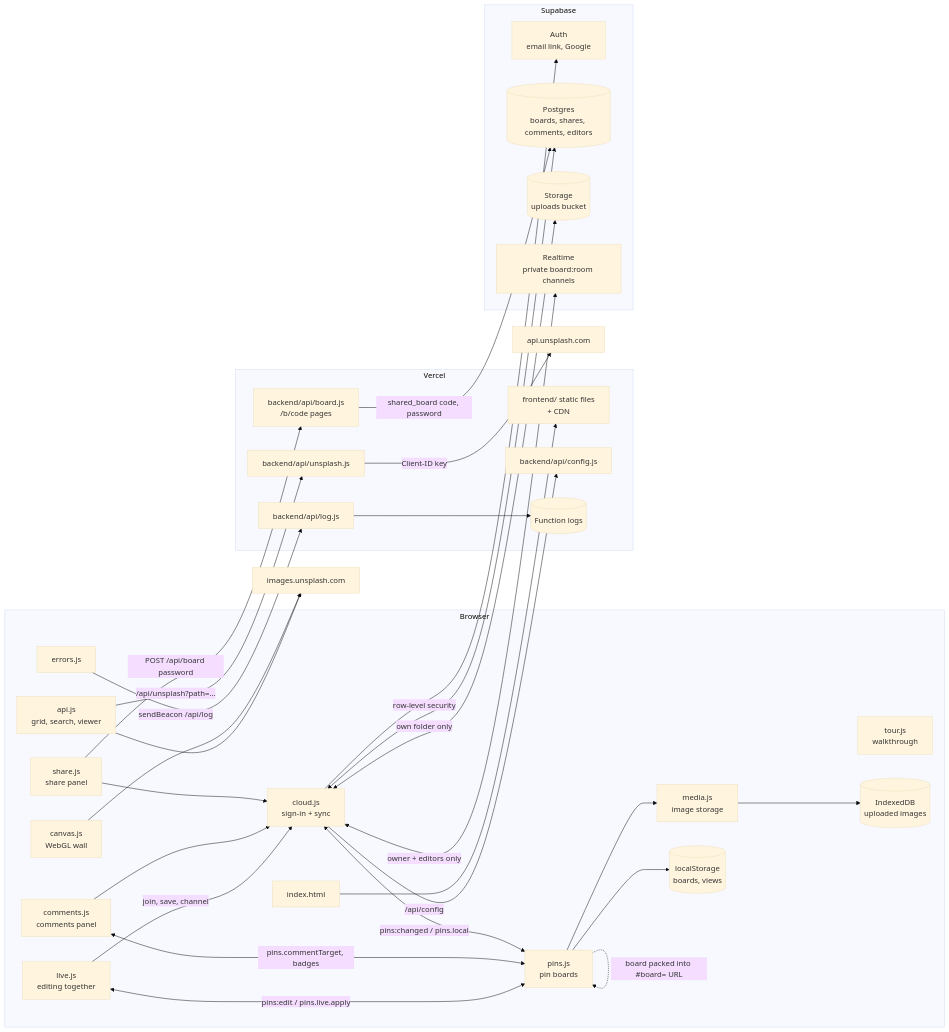
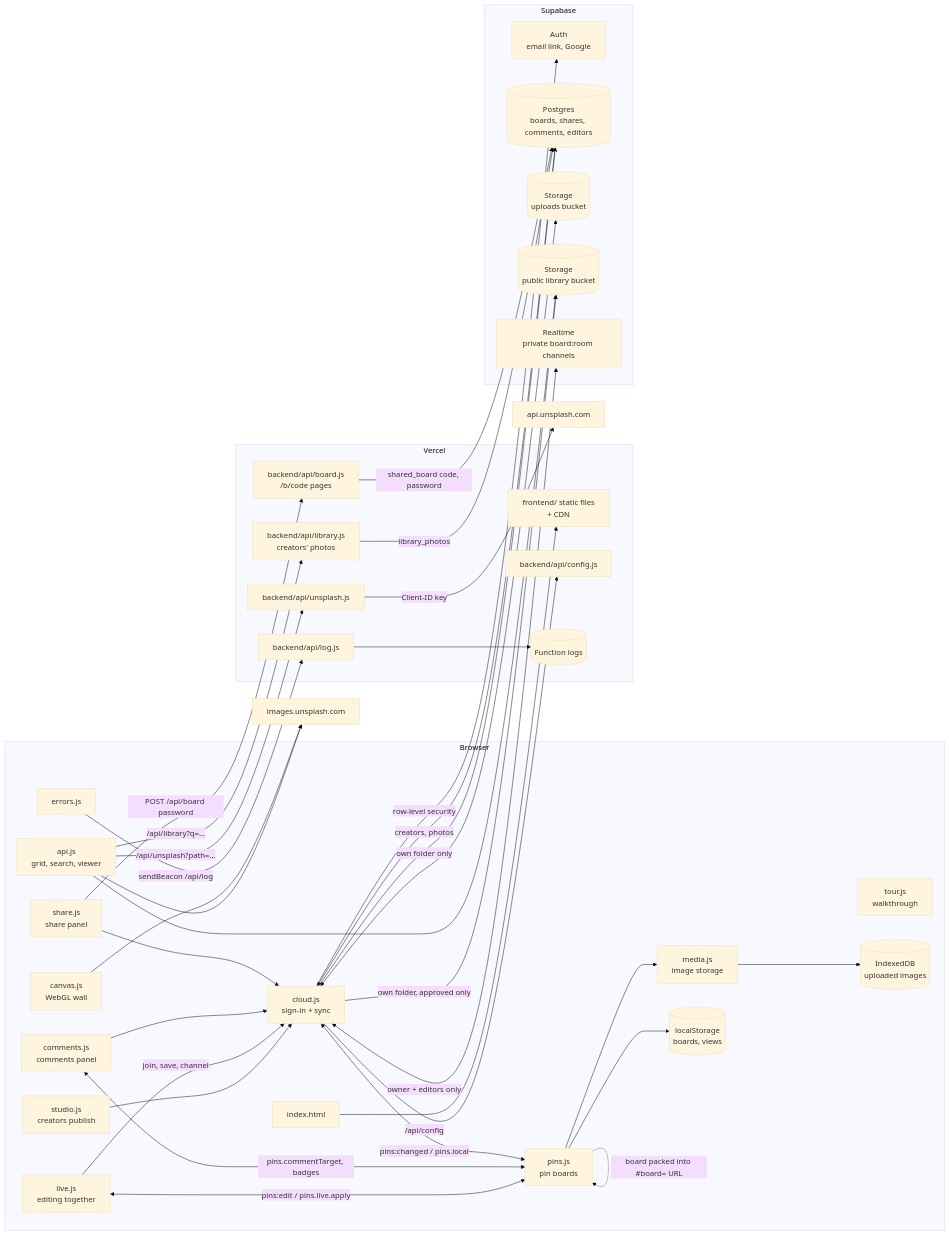
Before and after one commit to eklavyamisra/Aperture: the diagram in ARCHITECTURE.md, drawn with Mermaid (base theme). The commit also changed other lines of this file and 19 other files, not shown here.

First line of the commit message:
Aperture's own photo library and the creator Studio (#33)

````diff
--- a/ARCHITECTURE.md
+++ b/ARCHITECTURE.md
@@ -9,56 +10,64 @@
 ```mermaid
 flowchart LR
     subgraph Browser
         HTML[index.html]
         ERR[errors.js]
         API[api.js<br/>grid, search, viewer]
         CV[canvas.js<br/>WebGL wall]
         PINS[pins.js<br/>pin boards]
         MEDIA[media.js<br/>image storage]
         TOUR[tour.js<br/>walkthrough]
         CLOUD[cloud.js<br/>sign-in + sync]
         SHARE[share.js<br/>share panel]
         COMM[comments.js<br/>comments panel]
         LIVE[live.js<br/>editing together]
+        STUDIO[studio.js<br/>creators publish]
         LS[(localStorage<br/>boards, views)]
         IDB[(IndexedDB<br/>uploaded images)]
     end
     subgraph Vercel
         STATIC[frontend/ static files<br/>+ CDN]
         PROXY[backend/api/unsplash.js]
         LOG[backend/api/log.js]
         CFG[backend/api/config.js]
         BOARD[backend/api/board.js<br/>/b/code pages]
+        LIBAPI[backend/api/library.js<br/>creators' photos]
         LOGS[(Function logs)]
     end
     subgraph Supabase
         AUTH[Auth<br/>email link, Google]
         DB[(Postgres<br/>boards, shares, comments, editors)]
         BUCKET[(Storage<br/>uploads bucket)]
+        LIBB[(Storage<br/>public library bucket)]
         RT[Realtime<br/>private board:room channels]
     end
     UNS[api.unsplash.com]
     IMG[images.unsplash.com]
 
     HTML --> STATIC
     API -->|/api/unsplash?path=…| PROXY -->|Client-ID key| UNS
     CV --> IMG
     API --> IMG
     PINS --> LS
     PINS --> MEDIA --> IDB
     ERR -->|sendBeacon /api/log| LOG --> LOGS
     PINS -.->|board packed into #board= URL| PINS
     CLOUD -->|/api/config| CFG
     CLOUD <-->|pins:changed / pins.local| PINS
     CLOUD --> AUTH
     CLOUD <-->|row-level security| DB
     CLOUD <-->|own folder only| BUCKET
     BOARD -->|shared_board code, password| DB
     SHARE --> CLOUD
     SHARE -->|POST /api/board password| BOARD
     COMM --> CLOUD
     COMM <-->|pins.commentTarget, badges| PINS
     LIVE <-->|pins:edit / pins.live.apply| PINS
     LIVE -->|join, save, channel| CLOUD
     CLOUD <-->|owner + editors only| RT
+    API -->|/api/library?q=…| LIBAPI -->|library_photos| DB
+    API --> LIBB
+    STUDIO --> CLOUD
+    CLOUD -->|creators, photos| DB
+    CLOUD -->|own folder, approved only| LIBB
 ```
````
